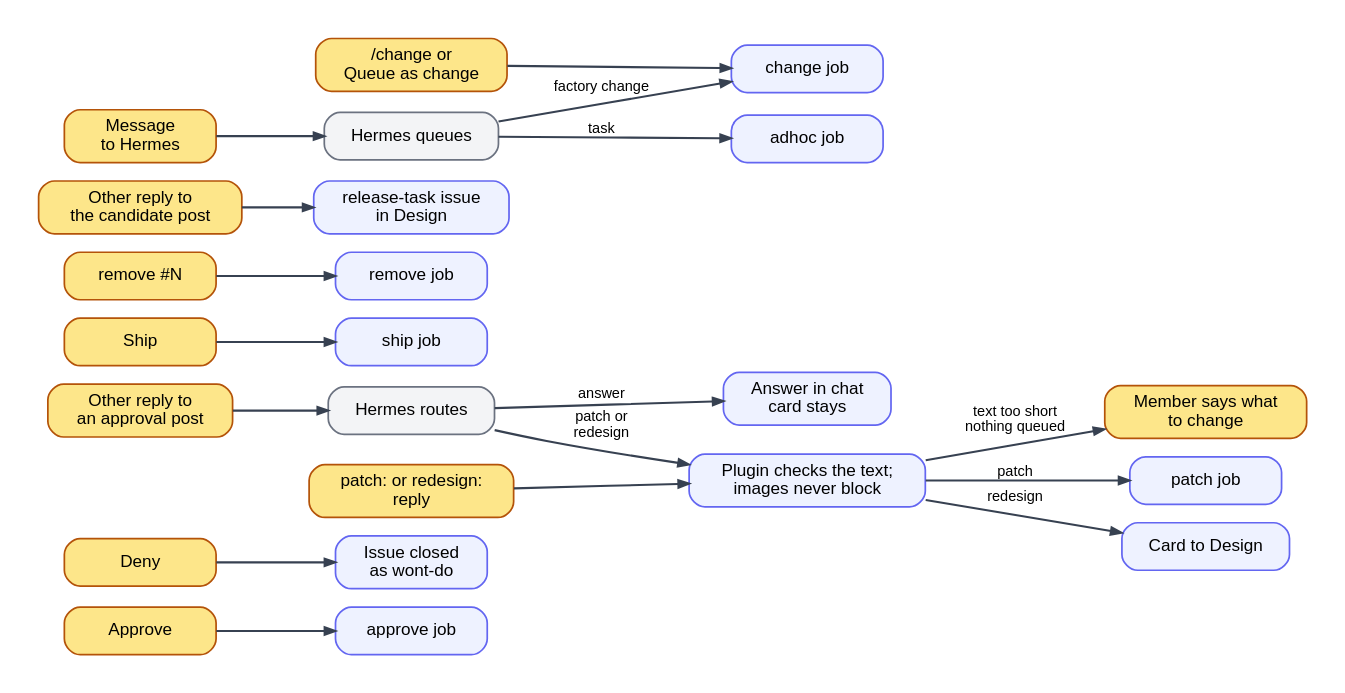
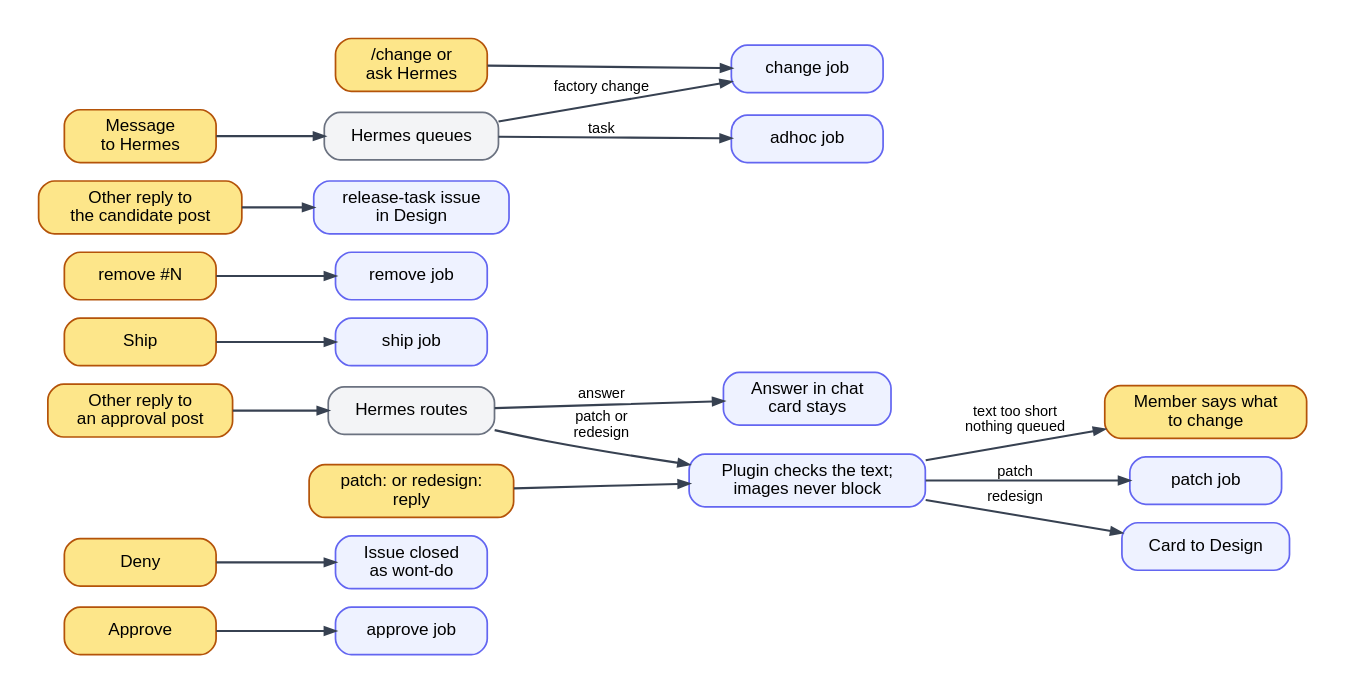
Before and after one commit to btseytlin/road-machiners: the diagram in factory/docs/diagrams/committee.dot, drawn with Graphviz. The commit also changed 19 other files, not shown here.

```diff
--- a/factory/docs/diagrams/committee.dot
+++ b/factory/docs/diagrams/committee.dot
@@ -1,23 +1,23 @@
 // Committee inputs: what each Telegram action queues, and the job that runs it. Yellow: people. Grey: Hermes decides.
 digraph committee {
   rankdir=LR; nodesep=0.2; ranksep=0.7; bgcolor=white; pad=0.3;
   node [shape=box, style="rounded,filled", fillcolor="#eef2ff", color="#6366f1", fontname="Helvetica", fontsize=13, margin="0.2,0.08", penwidth=1.3, width=1.6];
   edge [color="#374151", penwidth=1.6, arrowsize=0.8, fontname="Helvetica", fontsize=11];
   node [fillcolor="#fde68a", color="#b45309"];
   approve [label="Approve"]; deny [label="Deny"]; reply [label="Other reply to\nan approval post"]; forced [label="patch: or redesign:\nreply"];
-  ship [label="Ship"]; remove [label="remove #N"]; rtask [label="Other reply to\nthe candidate post"]; change [label="/change or\nQueue as change"]; ask [label="Message\nto Hermes"];
+  ship [label="Ship"]; remove [label="remove #N"]; rtask [label="Other reply to\nthe candidate post"]; change [label="/change or\nask Hermes"]; ask [label="Message\nto Hermes"];
   member [label="Member says what\nto change"];
   node [fillcolor="#f3f4f6", color="#6b7280"];
   hermes [label="Hermes routes"]; hermes2 [label="Hermes queues"];
   node [fillcolor="#eef2ff", color="#6366f1"];
   ready [label="Plugin checks the text;\nimages never block"];
   node [fillcolor="#eef2ff", color="#6366f1"];
   approveJob [label="approve job"]; closed [label="Issue closed\nas wont-do"]; answer [label="Answer in chat\ncard stays"];
   patchJob [label="patch job"]; design [label="Card to Design"]; shipJob [label="ship job"]; removeJob [label="remove job"];
   newTask [label="release-task issue\nin Design"]; changeJob [label="change job"]; adhocJob [label="adhoc job"];
   approve -> approveJob; deny -> closed;
   reply -> hermes; hermes -> answer [label="answer"]; hermes -> ready [label="patch or\nredesign"];
   forced -> ready; ready -> patchJob [label="patch"]; ready -> design [label="redesign"]; ready -> member [label="text too short\nnothing queued"];
   ship -> shipJob; remove -> removeJob; rtask -> newTask;
   change -> changeJob; ask -> hermes2; hermes2 -> adhocJob [label="task"]; hermes2 -> changeJob [label="factory change"];
 }
```
